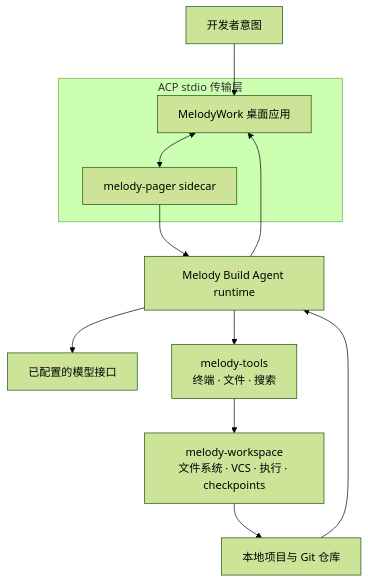
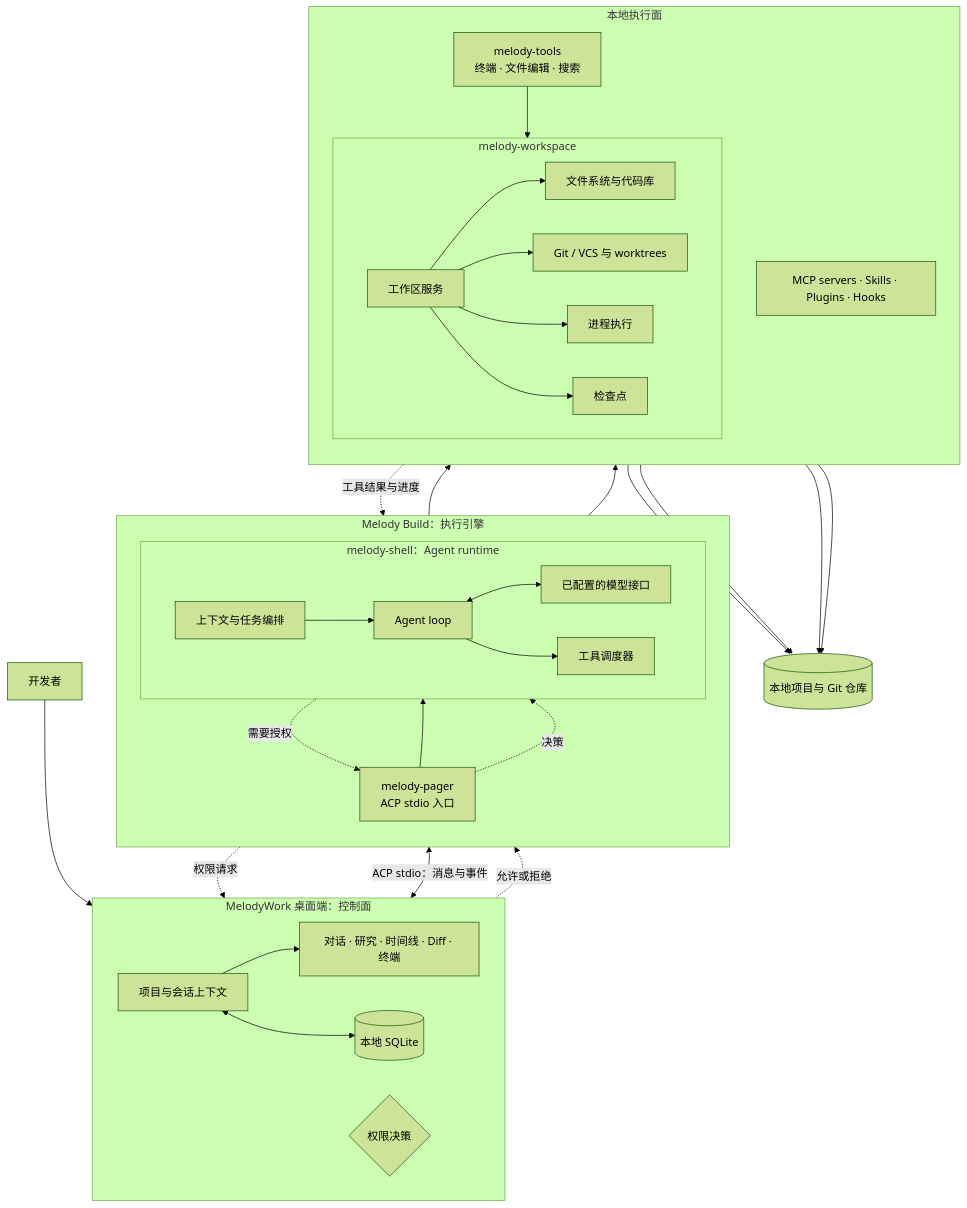
The diagram in README.zh-CN.md (Lhy723/MelodyWork), drawn with Mermaid (forest theme) before and after one commit. The commit also changed other lines of this file and 1 other file, not shown here.

Commit message:
docs: expand Melody Build architecture diagram

````diff
--- a/README.zh-CN.md
+++ b/README.zh-CN.md
@@ -25,16 +25,66 @@
 ```mermaid
-flowchart TD
-  user["开发者意图"] --> app["MelodyWork 桌面应用"]
+flowchart TB
+  developer["开发者"]
 
-  subgraph transport["ACP stdio 传输层"]
-    app <--> pager["melody-pager sidecar"]
+  subgraph desktop["MelodyWork 桌面端：控制面"]
+    direction LR
+    session["项目与会话上下文"]
+    surface["对话 · 研究 · 时间线 · Diff · 终端"]
+    localdb[("本地 SQLite")]
+    approval{"权限决策"}
+    session --> surface
+    session <--> localdb
   end
 
-  pager --> runtime["Melody Build Agent runtime"]
-  runtime --> model["已配置的模型接口"]
-  runtime --> tools["melody-tools\n终端 · 文件 · 搜索"]
-  tools --> workspace["melody-workspace\n文件系统 · VCS · 执行 · checkpoints"]
-  workspace --> repo["本地项目与 Git 仓库"]
-  repo --> runtime
-  runtime --> app
+  subgraph engine["Melody Build：执行引擎"]
+    direction TB
+    pager["melody-pager\nACP stdio 入口"]
+
+    subgraph runtime["melody-shell：Agent runtime"]
+      direction LR
+      context["上下文与任务编排"] --> agent["Agent loop"]
+      agent <--> model["已配置的模型接口"]
+      agent --> dispatch["工具调度器"]
+    end
+
+    pager --> context
+  end
+
+  subgraph execution["本地执行面"]
+    direction TB
+    tools["melody-tools\n终端 · 文件编辑 · 搜索"]
+    extensions["MCP servers · Skills · Plugins · Hooks"]
+
+    subgraph workspace["melody-workspace"]
+      direction LR
+      workspaceApi["工作区服务"]
+      filesystem["文件系统与代码库"]
+      vcs["Git / VCS 与 worktrees"]
+      commands["进程执行"]
+      checkpoints["检查点"]
+      workspaceApi --> filesystem
+      workspaceApi --> vcs
+      workspaceApi --> commands
+      workspaceApi --> checkpoints
+    end
+
+    tools --> workspaceApi
+  end
+
+  repository[("本地项目与 Git 仓库")]
+
+  developer --> session
+  surface <-->|ACP stdio：消息与事件| pager
+  dispatch --> tools
+  dispatch --> extensions
+  filesystem --> repository
+  vcs --> repository
+  commands --> repository
+  checkpoints --> repository
+
+  workspaceApi -. 工具结果与进度 .-> dispatch
+  dispatch -. 需要授权 .-> pager
+  pager -. 权限请求 .-> approval
+  approval -. 允许或拒绝 .-> pager
+  pager -. 决策 .-> dispatch
 ```
````
